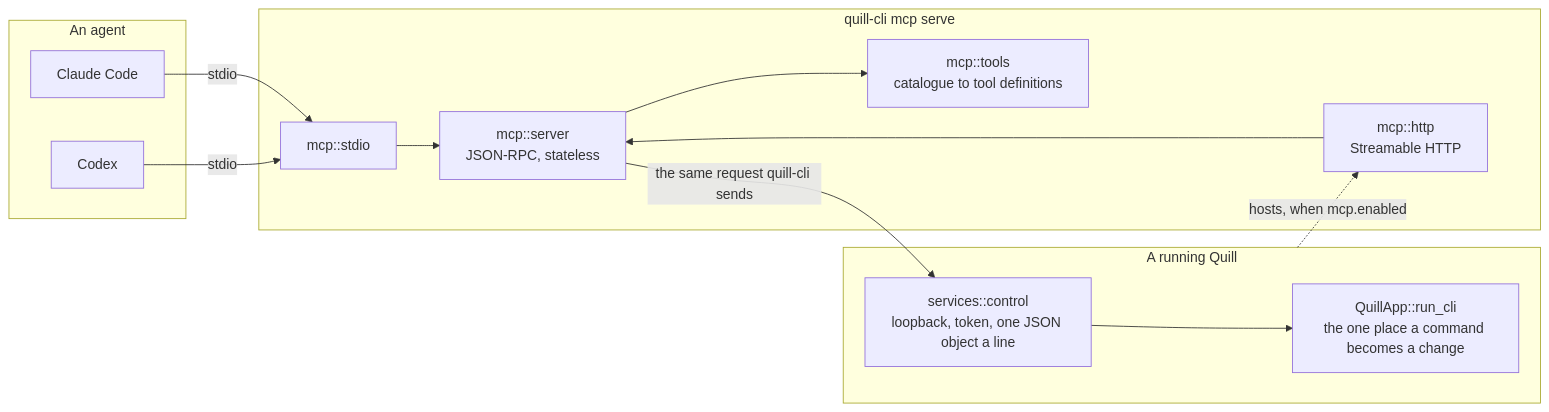
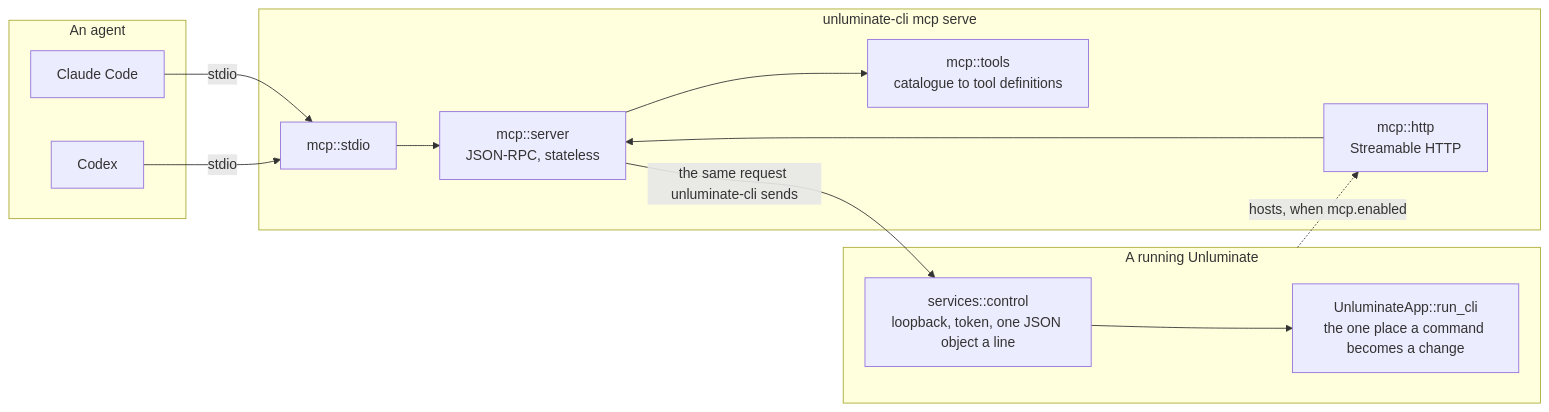
One commit to Black-Rainbow-Labs/Unluminous changed the diagram in tasks/task-1679-mcp-tdd.md. Above: the diagram before and after it, drawn with Mermaid. The commit also changed other lines of this file and 1291 other files, not shown here.

First line of the commit message:
task-1800: rename Quill to Unluminate

````diff
--- a/tasks/task-1679-mcp-tdd.md
+++ b/tasks/task-1679-mcp-tdd.md
@@ -133,25 +133,25 @@
 ```mermaid
 flowchart LR
   subgraph agent["An agent"]
     cc["Claude Code"]
     cx["Codex"]
   end
-  subgraph server["quill-cli mcp serve"]
+  subgraph server["unluminate-cli mcp serve"]
     tools["mcp::tools<br/>catalogue to tool definitions"]
     rpc["mcp::server<br/>JSON-RPC, stateless"]
     io1["mcp::stdio"]
     io2["mcp::http<br/>Streamable HTTP"]
     rpc --> tools
     io1 --> rpc
     io2 --> rpc
   end
-  subgraph quill["A running Quill"]
+  subgraph unluminate["A running Unluminate"]
     ctrl["services::control<br/>loopback, token, one JSON object a line"]
-    cli["QuillApp::run_cli<br/>the one place a command becomes a change"]
+    cli["UnluminateApp::run_cli<br/>the one place a command becomes a change"]
     ctrl --> cli
   end
   cc -- stdio --> io1
   cx -- stdio --> io1
-  rpc -- "the same request quill-cli sends" --> ctrl
-  quill -. "hosts, when mcp.enabled" .-> io2
+  rpc -- "the same request unluminate-cli sends" --> ctrl
+  unluminate -. "hosts, when mcp.enabled" .-> io2
 ```
````
